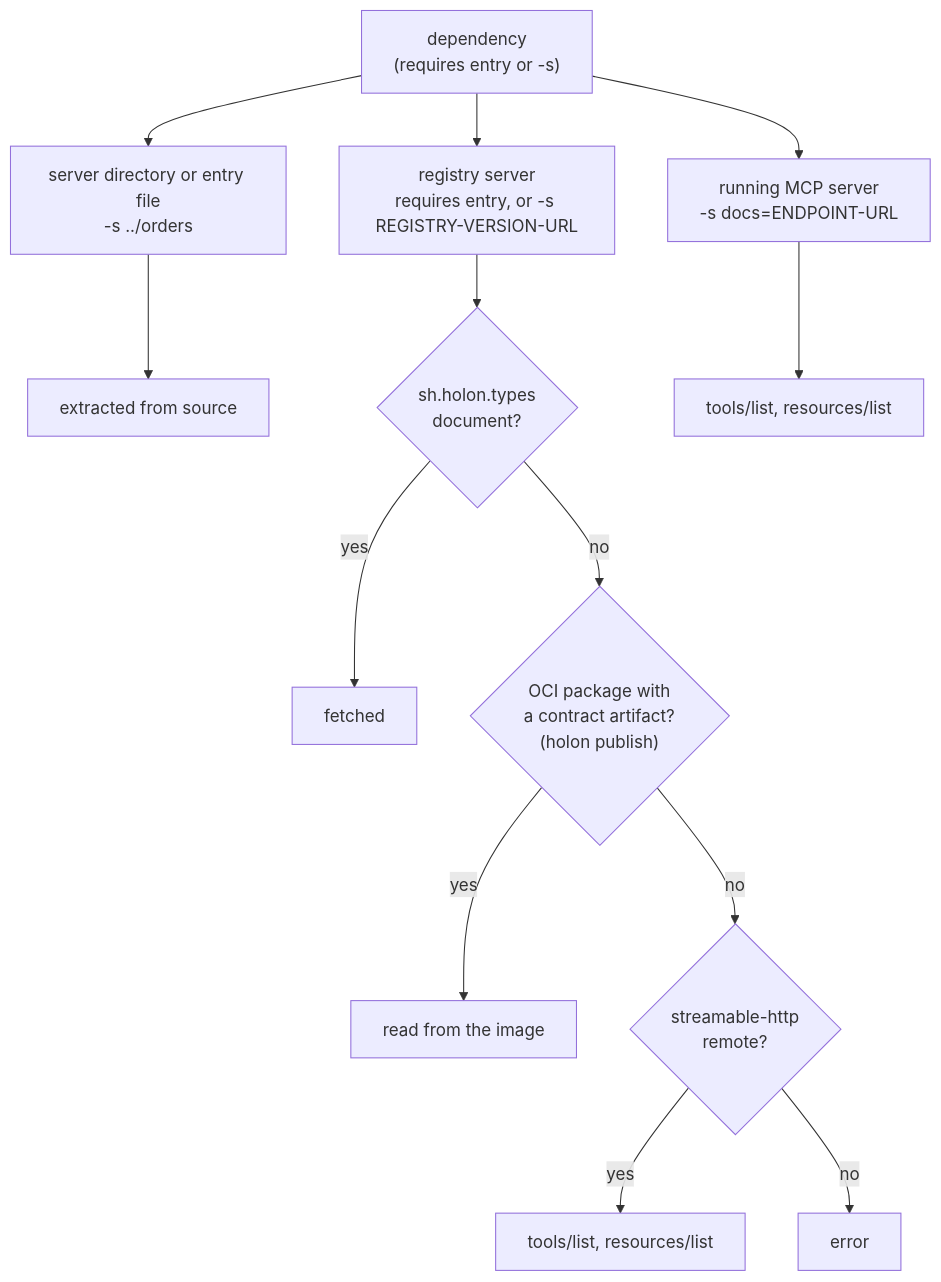
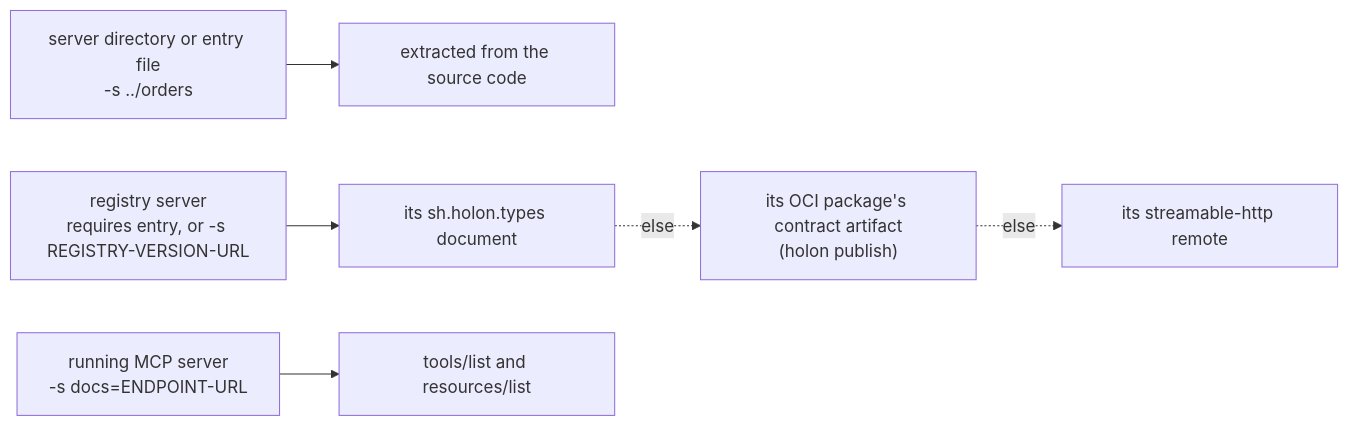
The second of 2 diagrams in README.md (holon-sh/cli), drawn with Mermaid before and after one commit. The commit also changed other lines of this file, not shown here.

Commit message:
Example section; flatten the contract-source diagram
The walkthrough is now "Example", a second-level heading like Install,
with TypeScript and Python as third-level headings under it. The
contract-source flowchart is three rows, one per dependency kind; the
registry row chains its fallbacks with "else" edges instead of decision
nodes.

````diff
--- a/README.md
+++ b/README.md
@@ -184,12 +184,8 @@
 ```mermaid
-flowchart TD
-  D["dependency<br/>(requires entry or -s)"] --> P["server directory or entry file<br/>-s ../orders"]
-  D --> G["registry server<br/>requires entry, or -s REGISTRY-VERSION-URL"]
-  D --> L["running MCP server<br/>-s docs=ENDPOINT-URL"]
-  P --> PX["extracted from source"]
-  G --> G1{"sh.holon.types<br/>document?"} -->|yes| GX["fetched"]
-  G1 -->|no| G2{"OCI package with<br/>a contract artifact?<br/>(holon publish)"} -->|yes| GI["read from the image"]
-  G2 -->|no| G3{"streamable-http<br/>remote?"} -->|yes| GL["tools/list, resources/list"]
-  G3 -->|no| GE["error"]
-  L --> LX["tools/list, resources/list"]
+flowchart LR
+  P["server directory or entry file<br/>-s ../orders"] --> PX["extracted from the source code"]
+  G["registry server<br/>requires entry, or -s REGISTRY-VERSION-URL"] --> T["its sh.holon.types document"]
+  T -. else .-> O["its OCI package's contract artifact<br/>(holon publish)"]
+  O -. else .-> R["its streamable-http remote"]
+  L["running MCP server<br/>-s docs=ENDPOINT-URL"] --> LX["tools/list and resources/list"]
 ```
````
